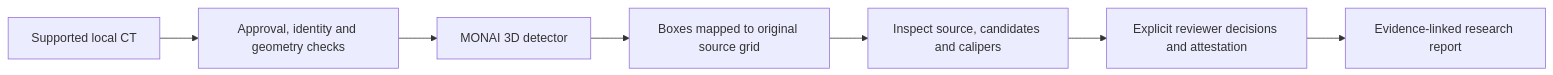
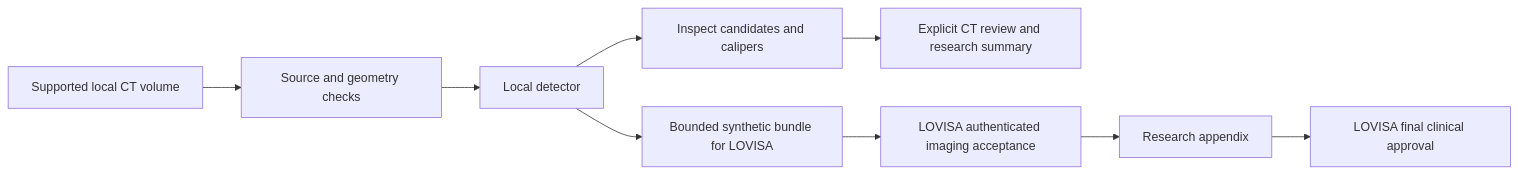
One commit to LilyC2024/ai-medimg-2.5D-CT changed the diagram in README.md. Above: the diagram before and after it, drawn with Mermaid. The commit also changed other lines of this file and 27 other files, not shown here.

````diff
--- a/README.md
+++ b/README.md
@@ -85,9 +32,11 @@
 ```mermaid
 flowchart LR
-    CT[Supported local CT] --> Q[Approval, identity and geometry checks]
-    Q --> D[MONAI 3D detector]
-    D --> M[Boxes mapped to original source grid]
-    M --> V[Inspect source, candidates and calipers]
-    V --> R[Explicit reviewer decisions and attestation]
-    R --> O[Evidence-linked research report]
+    CT[Supported local CT volume] --> Q[Source and geometry checks]
+    Q --> D[Local detector]
+    D --> V[Inspect candidates and calipers]
+    V --> R[Explicit CT review and research summary]
+    D --> B[Bounded synthetic bundle for LOVISA]
+    B --> I[LOVISA authenticated imaging acceptance]
+    I --> A[Research appendix]
+    A --> F[LOVISA final clinical approval]
 ```
````
